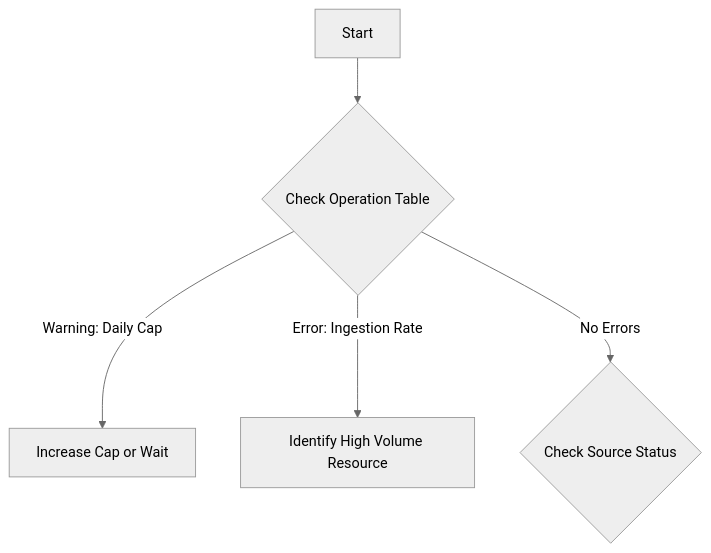
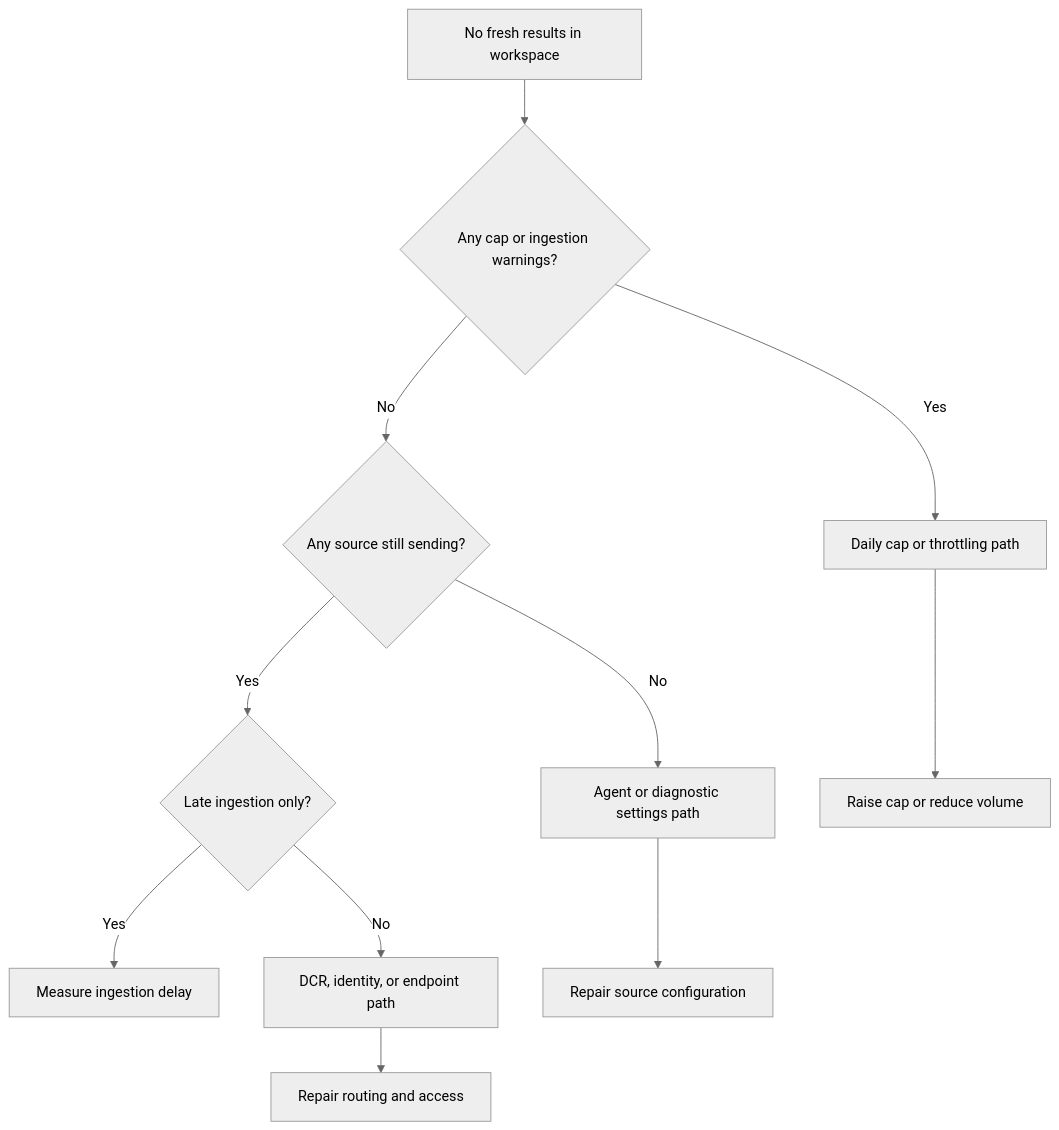
One commit to yeongseon/azure-monitoring-practical-guide changed the diagram in docs/troubleshooting/playbooks/no-data-in-workspace.md. Above: the diagram before and after it, drawn with Mermaid (neutral theme). The commit also changed other lines of this file and 50 other files, not shown here.

````diff
--- a/docs/troubleshooting/playbooks/no-data-in-workspace.md
+++ b/docs/troubleshooting/playbooks/no-data-in-workspace.md
@@ -17,7 +18,13 @@
 ```mermaid
-graph TD
-    A[Start] --> B{Check Operation Table}
-    B -->|Warning: Daily Cap| C[Increase Cap or Wait]
-    B -->|Error: Ingestion Rate| D[Identify High Volume Resource]
-    B -->|No Errors| E{Check Source Status}
+flowchart TD
+    A[No fresh results in workspace] --> B{Any cap or ingestion warnings?}
+    B -->|Yes| C[Daily cap or throttling path]
+    B -->|No| D{Any source still sending?}
+    D -->|No| E[Agent or diagnostic settings path]
+    D -->|Yes| F{Late ingestion only?}
+    F -->|Yes| G[Measure ingestion delay]
+    F -->|No| H[DCR, identity, or endpoint path]
+    C --> I[Raise cap or reduce volume]
+    E --> J[Repair source configuration]
+    H --> K[Repair routing and access]
 ```
````
